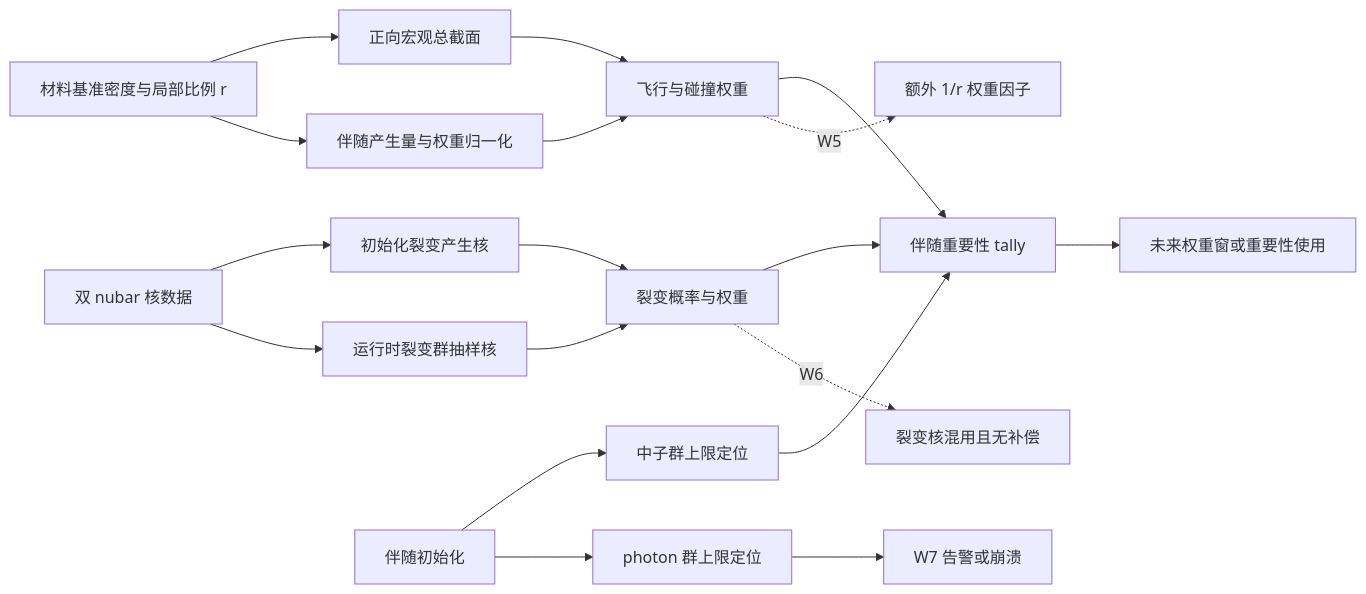
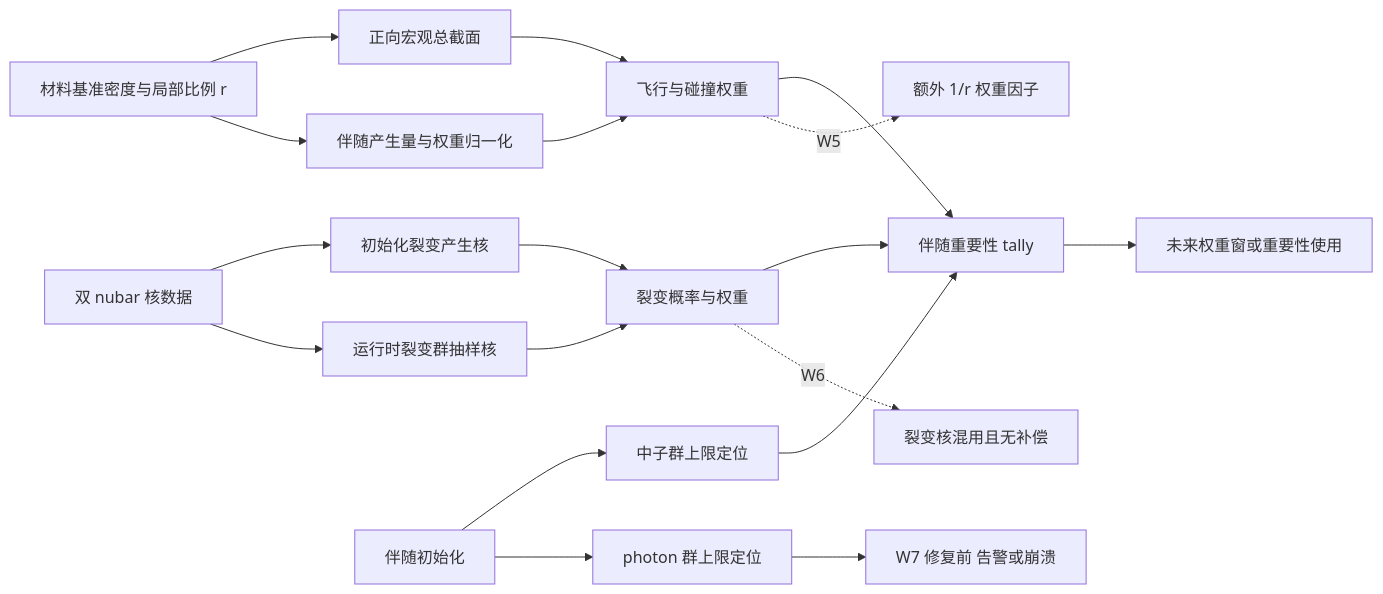
Before and after one commit to Silver-Zhang/AI_MC_WW_interation: the fourth of 5 diagrams in MLVR_Physics_Guide/01_RMC多群伴随输运/02_流程图与时序图.md, drawn with Mermaid. The commit also changed other lines of this file and 23 other files, not shown here.

````diff
--- a/MLVR_Physics_Guide/01_RMC多群伴随输运/02_流程图与时序图.md
+++ b/MLVR_Physics_Guide/01_RMC多群伴随输运/02_流程图与时序图.md
@@ -111,20 +123,20 @@
 ```mermaid
 flowchart LR
     A[材料基准密度与局部比例 r] --> B[正向宏观总截面]
     A --> C[伴随产生量与权重归一化]
     B --> D[飞行与碰撞权重]
     C --> D
     E[双 nubar 核数据] --> F[初始化裂变产生核]
     E --> G[运行时裂变群抽样核]
     F --> H[裂变概率与权重]
     G --> H
     I[伴随初始化] --> J[中子群上限定位]
     I --> K[photon 群上限定位]
     D --> L[伴随重要性 tally]
     H --> L
     J --> L
-    K --> X[W7 告警或崩溃]
+    K --> X[W7 修复前 告警或崩溃]
     D -. W5 .-> Y[额外 1/r 权重因子]
     H -. W6 .-> Z[裂变核混用且无补偿]
     L --> W[未来权重窗或重要性使用]
 ```
````
